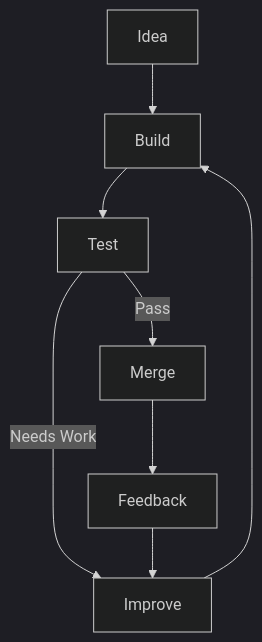
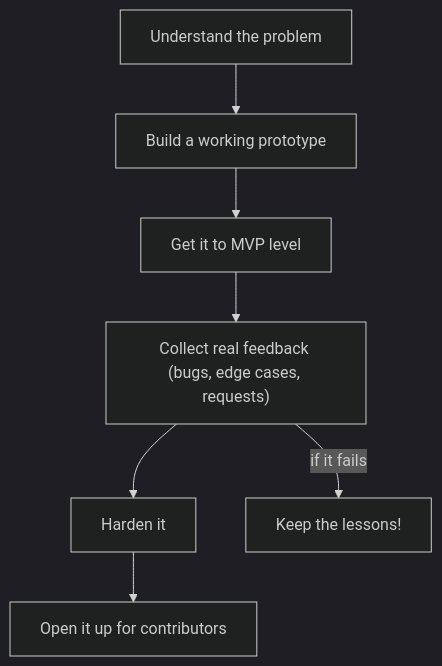
One commit to udaycodespace/udaycodespace changed the second of 2 diagrams in README.md. Above: the diagram before and after it, drawn with Mermaid (dark theme). The commit also changed other lines of this file, not shown here.

````diff
--- a/README.md
+++ b/README.md
@@ -114,10 +123,9 @@
 ```mermaid
 flowchart TD
-    A[" Idea "] --> B[" Build "]
-    B --> C[" Test "]
-    C -->|Pass| D[" Merge "]
-    C -->|Needs Work| E[" Improve "]
-    E --> B
-    D --> F[" Feedback "]
-    F --> E
+    A["Understand the problem"] --> B["Build a working prototype"]
+    B --> C["Get it to MVP level"]
+    C --> D["Collect real feedback (bugs, edge cases, requests)"]
+    D --> E["Harden it"]
+    E --> F["Open it up for contributors"]
+    D -->|if it fails| G["Keep the lessons!"]
 ```
````
